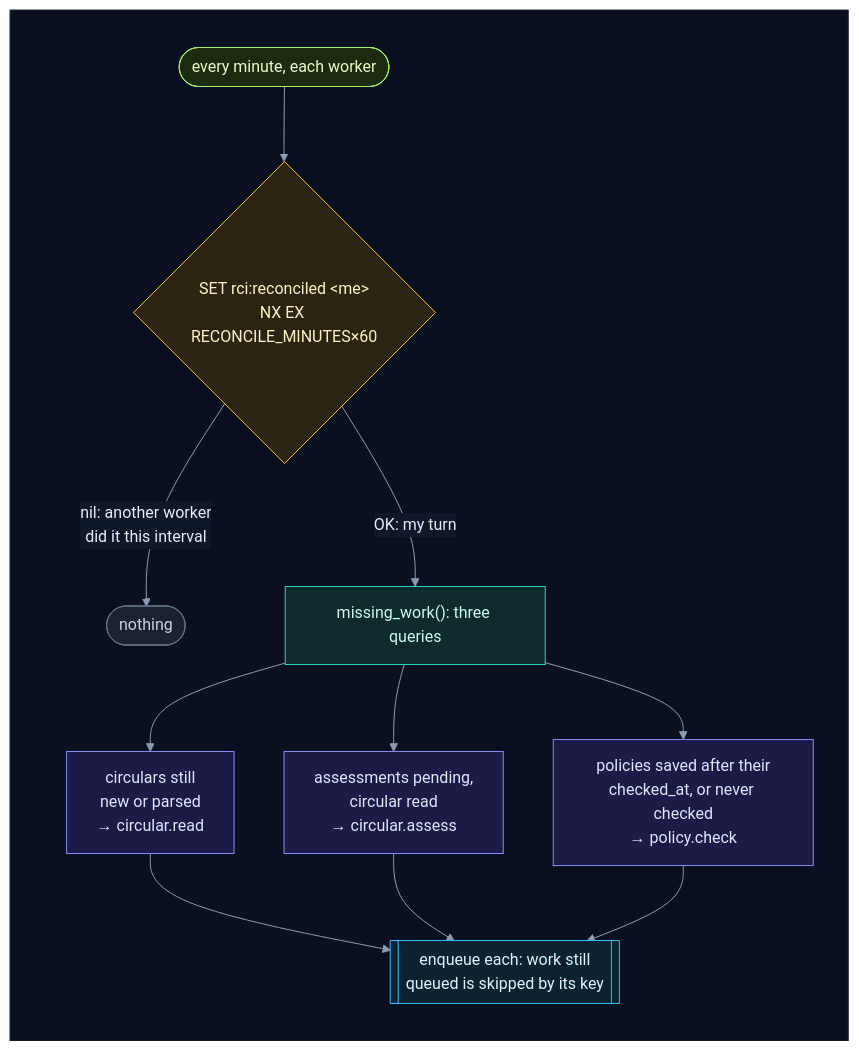
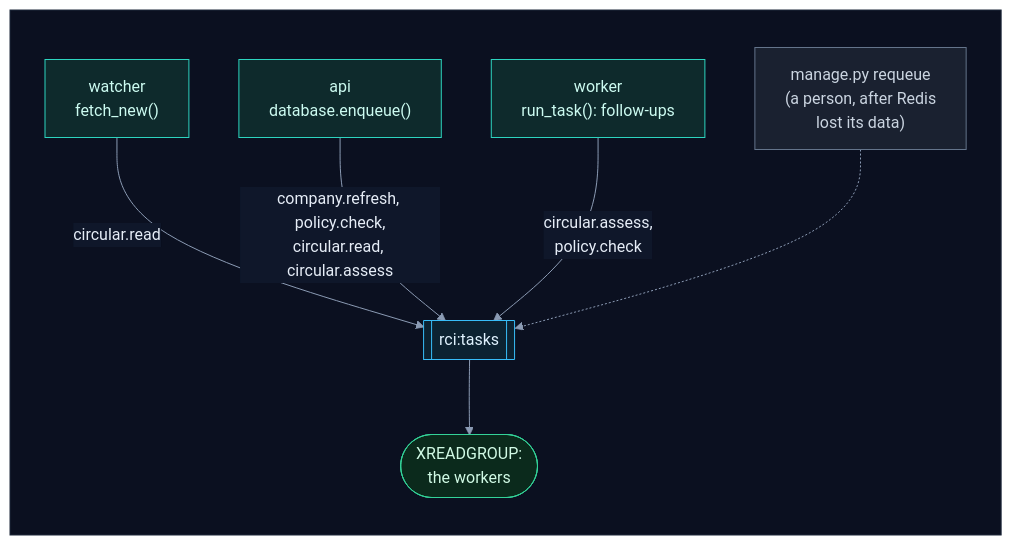
One commit to selvakumarperumal/Regulatory_Circular_Impact_Agent changed diagram 41 of 44 in backend/worker/INTERNALS.md. Above: the diagram before and after it, drawn with Mermaid. The commit also changed other lines of this file and 7 other files, not shown here.

First line of the commit message:
Document the queue as the worker's only source of work

````diff
--- a/backend/worker/INTERNALS.md
+++ b/backend/worker/INTERNALS.md
@@ -2154,33 +2195,27 @@
 ```mermaid
 %%{init: {"theme": "base", "flowchart": {"diagramPadding": 0}, "themeVariables": {"darkMode": true, "primaryColor": "#16213a", "primaryTextColor": "#e6edf7", "primaryBorderColor": "#475a7a", "lineColor": "#8b9bb4", "secondaryColor": "#1b2436", "tertiaryColor": "#101a2e", "edgeLabelBackground": "#0f172a", "textColor": "#e2e8f0", "clusterBkg": "#0f1728", "clusterBorder": "#2b3a55", "titleColor": "#c4b5fd", "nodeTextColor": "#e6edf7"}}}%%
 flowchart TD
     subgraph canvas[" "]
         direction TB
-        tick(["every minute, each worker"]) --> nx{"SET rci:reconciled &lt;me&gt;<br/>NX EX RECONCILE_MINUTES×60"}
-        nx -->|"nil: another worker<br/>did it this interval"| skip(["nothing"])
-        nx -->|"OK: my turn"| mw["missing_work(): three queries"]
-        mw --> q1["circulars still<br/>new or parsed<br/>→ circular.read"]
-        mw --> q2["assessments pending,<br/>circular read<br/>→ circular.assess"]
-        mw --> q3["policies saved after their<br/>checked_at, or never checked<br/>→ policy.check"]
-        q1 --> add[["enqueue each: work still<br/>queued is skipped by its key"]]
-        q2 --> add
-        q3 --> add
+        W["watcher<br/>fetch_new()"] -->|"circular.read"| Q[["rci:tasks"]]
+        A["api<br/>database.enqueue()"] -->|"company.refresh, policy.check,<br/>circular.read, circular.assess"| Q
+        K["worker<br/>run_task(): follow-ups"] -->|"circular.assess,<br/>policy.check"| Q
+        M["manage.py requeue<br/>(a person, after Redis<br/>lost its data)"] -.-> Q
+        Q --> X(["XREADGROUP:<br/>the workers"])
     end
     classDef svc fill:#0e2a2c,stroke:#2dd4bf,color:#ccfbf1
     classDef data fill:#1c1a47,stroke:#818cf8,color:#e0e7ff
     classDef ext fill:#2a1640,stroke:#c084fc,color:#f3e8ff
     classDef gpu fill:#2d1b0c,stroke:#fb923c,color:#ffedd5
     classDef ask fill:#2a2410,stroke:#fbbf24,color:#fef3c7
     classDef ok fill:#0b2a1c,stroke:#34d399,color:#d1fae5
     classDef bad fill:#2e0f17,stroke:#fb7185,color:#ffe4e6
     classDef start fill:#1c2a0e,stroke:#a7ef6f,color:#ecfccb
     classDef muted fill:#1a2130,stroke:#64748b,color:#cbd5e1
     classDef queue fill:#0c2231,stroke:#38bdf8,color:#e0f2fe
-    class tick start
-    class nx ask
-    class skip muted
-    class mw svc
-    class q1,q2,q3 data
-    class add queue
+    class W,A,K svc
+    class M muted
+    class Q queue
+    class X ok
     style canvas fill:#0b1020,stroke:#1e293b,color:#0b1020
 ```
````
